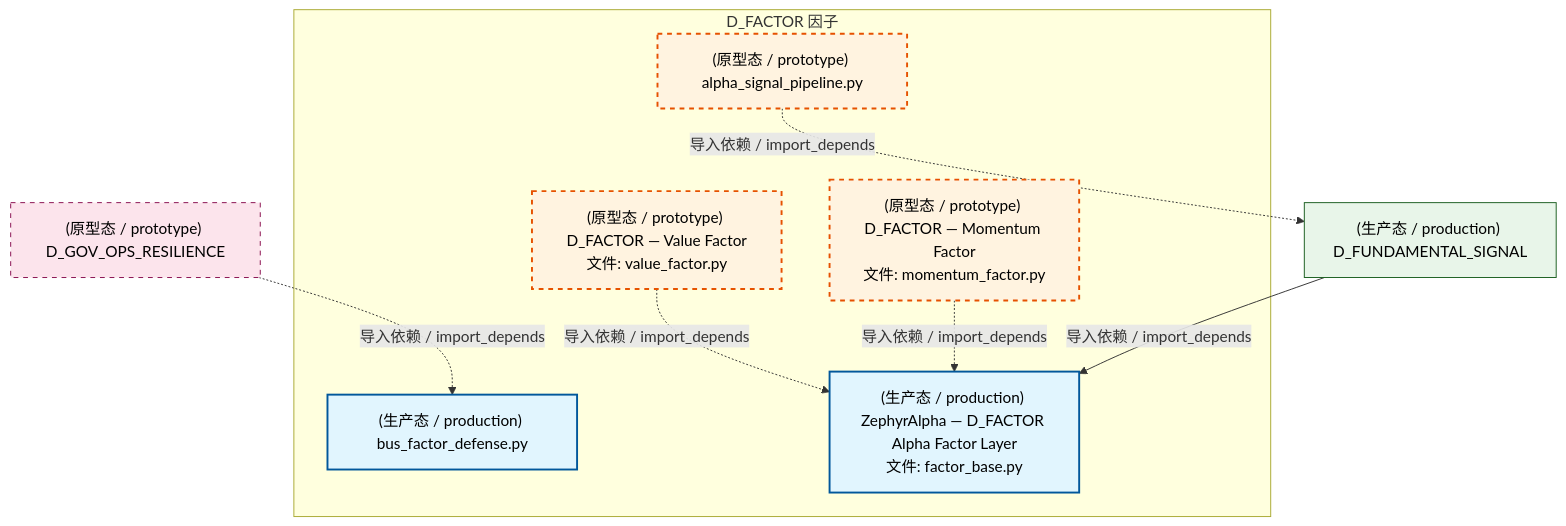
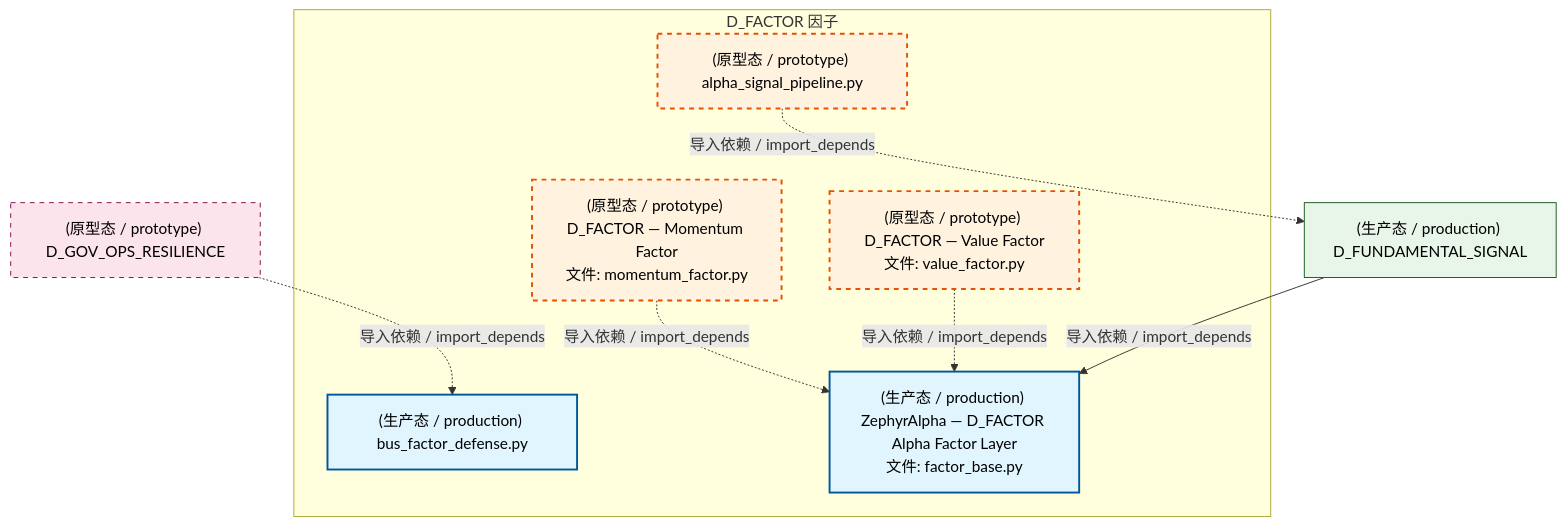
The first of 4 diagrams in docs/02_enterprise_architecture/02_domain_architecture_docs/36_d_factor.md (xuanFelixVan/ZephyrAlpha), drawn with Mermaid before and after one commit. The commit also changed other lines of this file and 96 other files, not shown here.

````diff
--- a/docs/02_enterprise_architecture/02_domain_architecture_docs/36_d_factor.md
+++ b/docs/02_enterprise_architecture/02_domain_architecture_docs/36_d_factor.md
@@ -72,25 +72,25 @@
 ```mermaid
 graph TD
     subgraph D_FACTOR["D_FACTOR 因子"]
         src_zephyr_factor_alpha_signal_pipeline_py["(原型态 / prototype) alpha_signal_pipeline.py"]
         src_zephyr_factor_bus_factor_defense_py["(生产态 / production) bus_factor_defense.py"]
         src_zephyr_factor_factor_base_py["(生产态 / production) ZephyrAlpha — D_FACTOR Alpha Factor Layer<br/>文件: factor_base.py"]
         src_zephyr_factor_momentum_factor_py["(原型态 / prototype) D_FACTOR — Momentum Factor<br/>文件: momentum_factor.py"]
         src_zephyr_factor_value_factor_py["(原型态 / prototype) D_FACTOR — Value Factor<br/>文件: value_factor.py"]
     end
+    src_zephyr_factor_momentum_factor_py -.->|导入依赖 / import_depends| src_zephyr_factor_factor_base_py
     src_zephyr_factor_value_factor_py -.->|导入依赖 / import_depends| src_zephyr_factor_factor_base_py
-    src_zephyr_factor_momentum_factor_py -.->|导入依赖 / import_depends| src_zephyr_factor_factor_base_py
     D_FUNDAMENTAL_SIGNAL["(生产态 / production) D_FUNDAMENTAL_SIGNAL"]
     src_zephyr_factor_alpha_signal_pipeline_py -.->|导入依赖 / import_depends| D_FUNDAMENTAL_SIGNAL
     D_FUNDAMENTAL_SIGNAL -->|导入依赖 / import_depends| src_zephyr_factor_factor_base_py
     D_GOV_OPS_RESILIENCE["(原型态 / prototype) D_GOV_OPS_RESILIENCE"]
     D_GOV_OPS_RESILIENCE -.->|导入依赖 / import_depends| src_zephyr_factor_bus_factor_defense_py
     classDef production fill:#e1f5fe,stroke:#01579b,stroke-width:2px,color:#000
     classDef design fill:#fff3e0,stroke:#e65100,stroke-width:2px,color:#000,stroke-dasharray: 5 5
     classDef external_prod fill:#e8f5e9,stroke:#1b5e20,stroke-width:1px,color:#000
     classDef external_design fill:#fce4ec,stroke:#880e4f,stroke-width:1px,color:#000,stroke-dasharray: 5 5
     class src_zephyr_factor_bus_factor_defense_py,src_zephyr_factor_factor_base_py production
     class src_zephyr_factor_alpha_signal_pipeline_py,src_zephyr_factor_momentum_factor_py,src_zephyr_factor_value_factor_py design
     class D_FUNDAMENTAL_SIGNAL external_prod
     class D_GOV_OPS_RESILIENCE external_design
 ```
````
